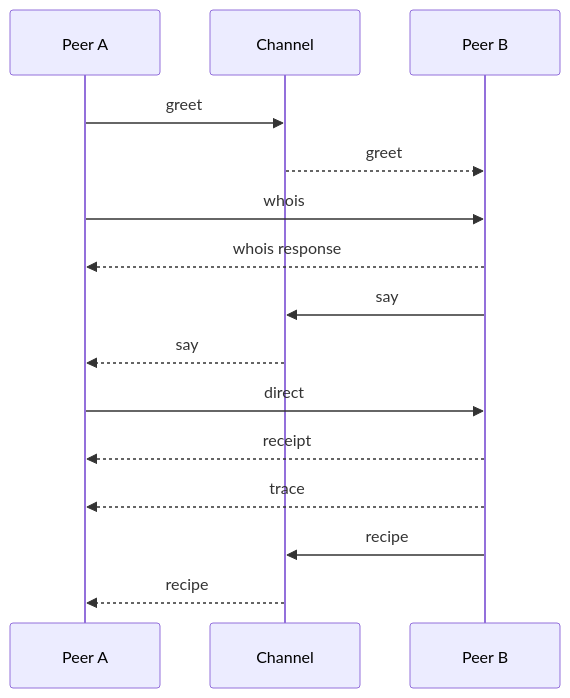
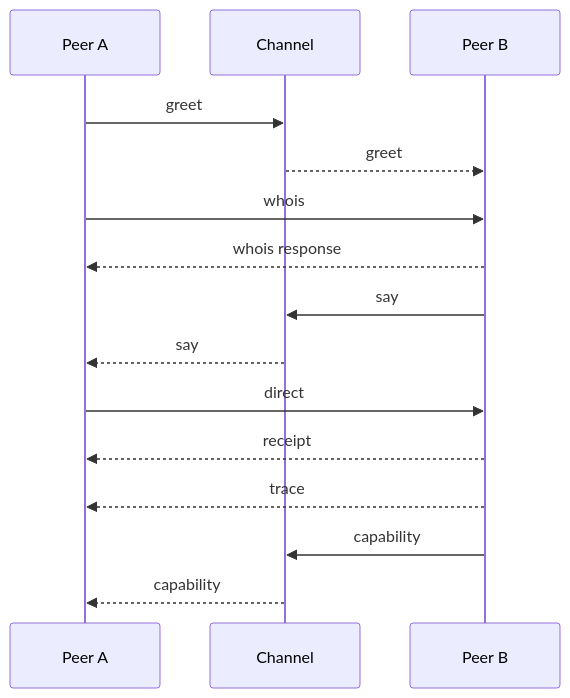
One commit to compozy/agh changed the fourth of 7 diagrams in docs/rfcs/003_agh-network-v0.md. Above: the diagram before and after it, drawn with Mermaid. The commit also changed other lines of this file and 756 other files, not shown here.

````diff
--- a/docs/rfcs/003_agh-network-v0.md
+++ b/docs/rfcs/003_agh-network-v0.md
@@ -441,18 +451,18 @@
 ```mermaid
 sequenceDiagram
     participant A as Peer A
     participant S as Channel
     participant B as Peer B
 
     A->>S: greet
     S-->>B: greet
     A->>B: whois
     B-->>A: whois response
     B->>S: say
     S-->>A: say
     A->>B: direct
     B-->>A: receipt
     B-->>A: trace
-    B->>S: recipe
-    S-->>A: recipe
+    B->>S: capability
+    S-->>A: capability
 ```
````
